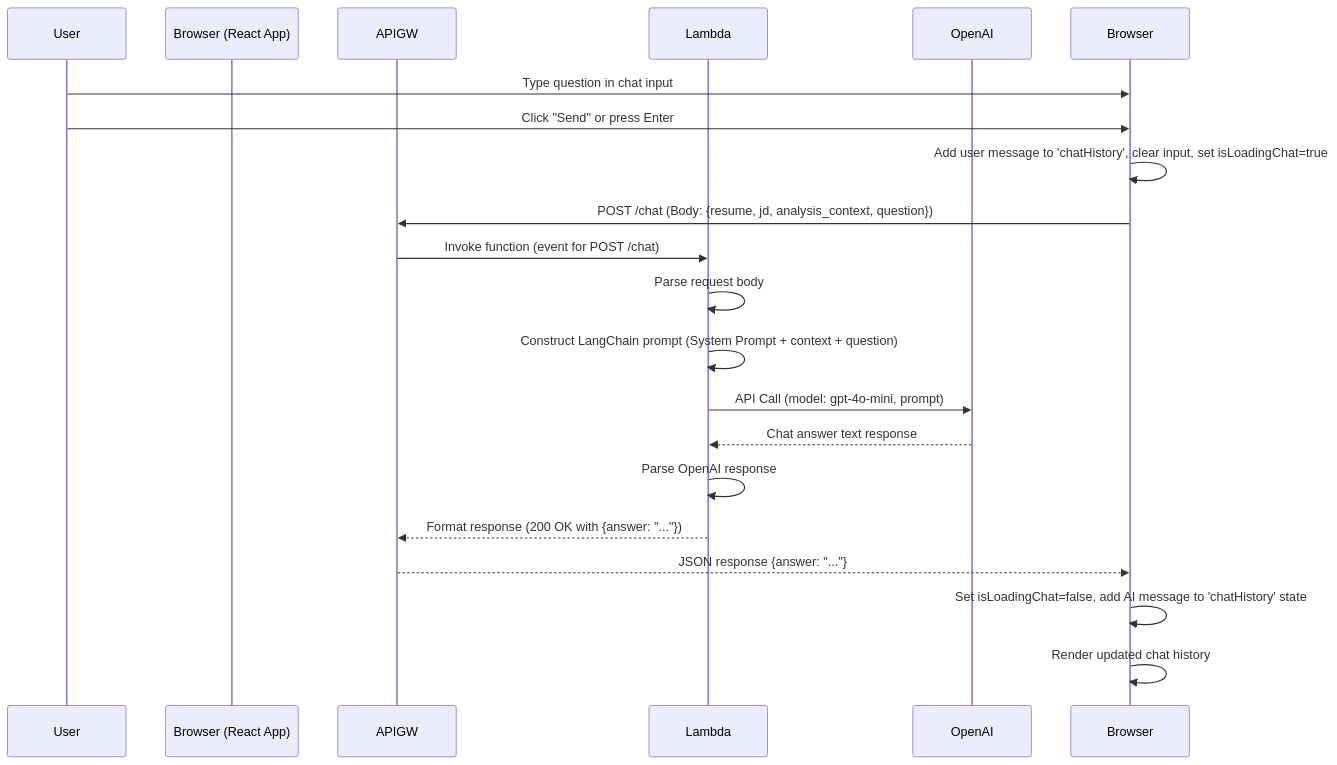
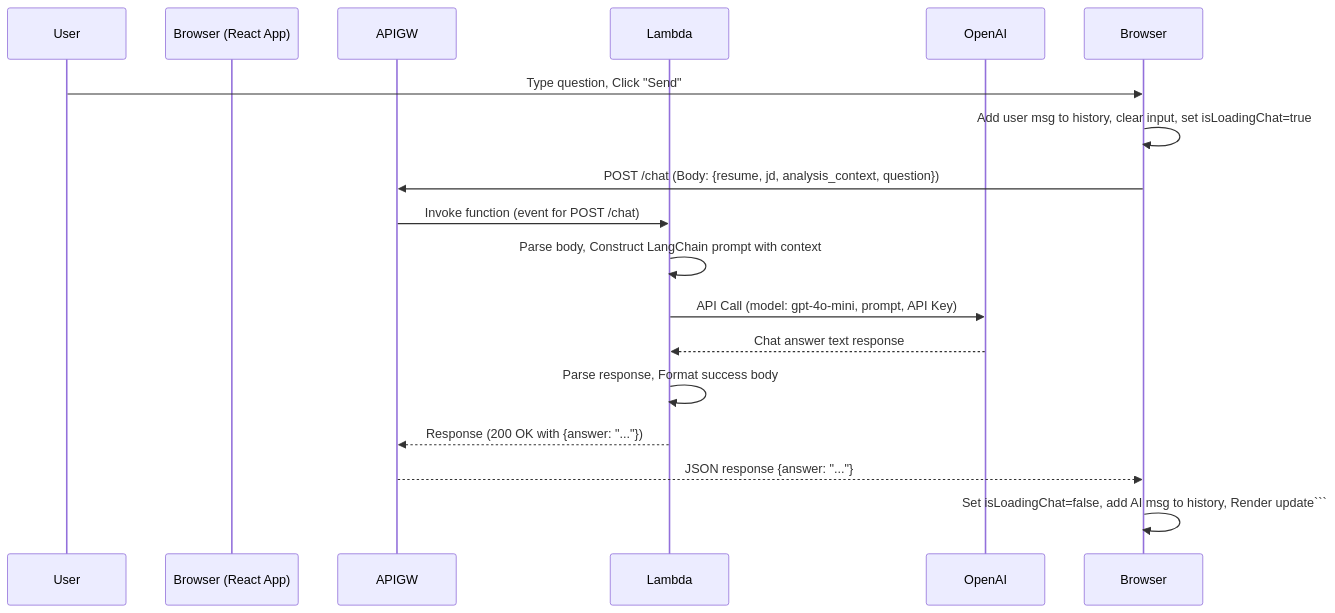
Before and after one commit to gaviral/ResumeCoach: the fifth of 5 diagrams in README.md, drawn with Mermaid. The commit also changed other lines of this file, not shown here.

````diff
--- a/README.md
+++ b/README.md
@@ -288,23 +442,20 @@
 ```mermaid
 sequenceDiagram
     participant User
     participant Browser (React App)
     participant APIGW
     participant Lambda
     participant OpenAI
 
-    User->>Browser: Type question in chat input
-    User->>Browser: Click "Send" or press Enter
-    Browser->>Browser: Add user message to 'chatHistory', clear input, set isLoadingChat=true
+    User->>Browser: Type question, Click "Send"
+    Browser->>Browser: Add user msg to history, clear input, set isLoadingChat=true
     Browser->>APIGW: POST /chat (Body: {resume, jd, analysis_context, question})
     APIGW->>Lambda: Invoke function (event for POST /chat)
-    Lambda->>Lambda: Parse request body
-    Lambda->>Lambda: Construct LangChain prompt (System Prompt + context + question)
-    Lambda->>OpenAI: API Call (model: gpt-4o-mini, prompt)
+    Lambda->>Lambda: Parse body, Construct LangChain prompt with context
+    Lambda->>OpenAI: API Call (model: gpt-4o-mini, prompt, API Key)
     OpenAI-->>Lambda: Chat answer text response
-    Lambda->>Lambda: Parse OpenAI response
-    Lambda-->>APIGW: Format response (200 OK with {answer: "..."})
+    Lambda->>Lambda: Parse response, Format success body
+    Lambda-->>APIGW: Response (200 OK with {answer: "..."})
     APIGW-->>Browser: JSON response {answer: "..."}
-    Browser->>Browser: Set isLoadingChat=false, add AI message to 'chatHistory' state
-    Browser->>Browser: Render updated chat history
+    Browser->>Browser: Set isLoadingChat=false, add AI msg to history, Render update```
 ```
````
